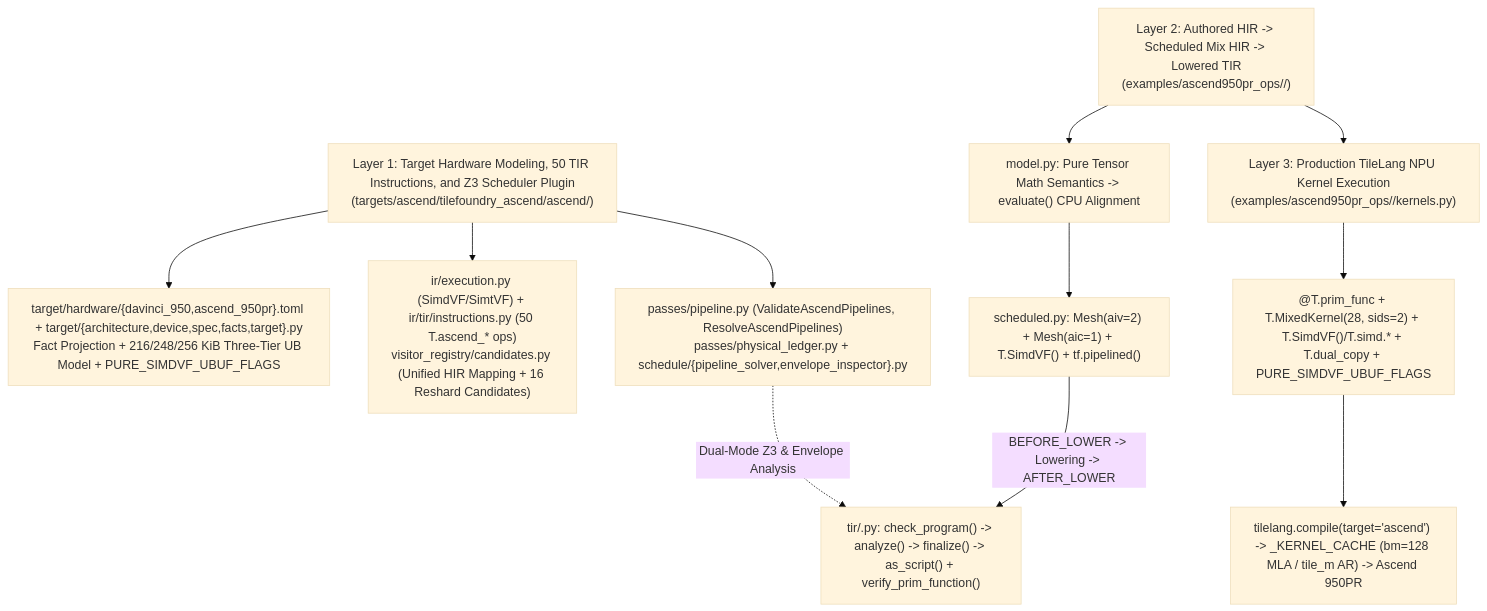
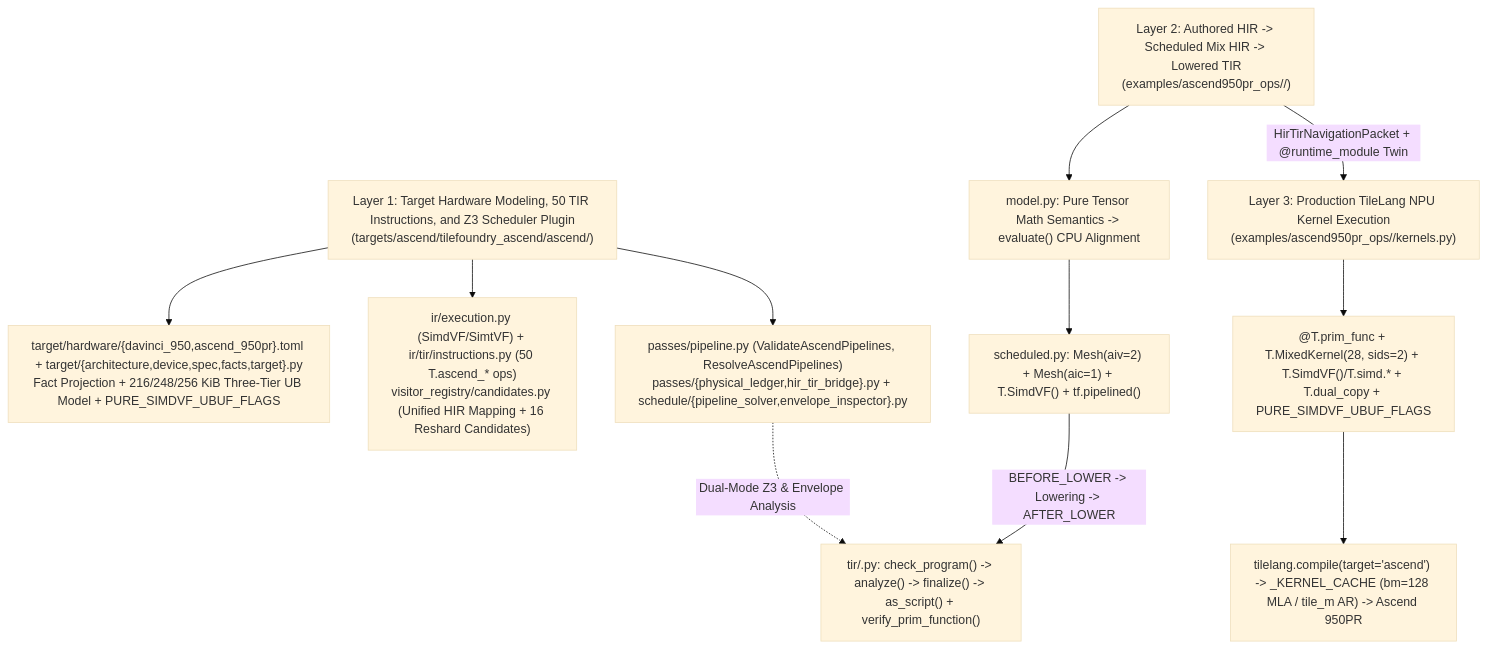
One commit to jingchangshi/TileFoundry changed the first of 3 diagrams in docs/reports/ascend950pr_architecture_and_e2e.md. Above: the diagram before and after it, drawn with Mermaid (base theme). The commit also changed other lines of this file, not shown here.

Commit message:
docs(ascend): update architecture guide for HIR-TIR navigation, twin bridge, and 17-rule KB

````diff
--- a/docs/reports/ascend950pr_architecture_and_e2e.md
+++ b/docs/reports/ascend950pr_architecture_and_e2e.md
@@ -7,27 +7,27 @@
 ```mermaid
 flowchart TD
     L1["Layer 1: Target Hardware Modeling, 50 TIR Instructions, and Z3 Scheduler Plugin\n(targets/ascend/tilefoundry_ascend/ascend/)"]
     HW["target/hardware/{davinci_950,ascend_950pr}.toml + target/{architecture,device,spec,facts,target}.py\nFact Projection + 216/248/256 KiB Three-Tier UB Model + PURE_SIMDVF_UBUF_FLAGS"]
     IR["ir/execution.py (SimdVF/SimtVF) + ir/tir/instructions.py (50 T.ascend_* ops)\nvisitor_registry/candidates.py (Unified HIR Mapping + 16 Reshard Candidates)"]
-    PASS["passes/pipeline.py (ValidateAscendPipelines, ResolveAscendPipelines)\npasses/physical_ledger.py + schedule/{pipeline_solver,envelope_inspector}.py"]
+    PASS["passes/pipeline.py (ValidateAscendPipelines, ResolveAscendPipelines)\npasses/{physical_ledger,hir_tir_bridge}.py + schedule/{pipeline_solver,envelope_inspector}.py"]
 
     L2["Layer 2: Authored HIR -> Scheduled Mix HIR -> Lowered TIR\n(examples/ascend950pr_ops/<op>/)"]
     MODEL["model.py: Pure Tensor Math Semantics -> evaluate() CPU Alignment"]
     SCHED["scheduled.py: Mesh(aiv=2) + Mesh(aic=1) + T.SimdVF() + tf.pipelined()"]
     TIR["tir/<op>.py: check_program() -> analyze() -> finalize() -> as_script() + verify_prim_function()"]
 
     L3["Layer 3: Production TileLang NPU Kernel Execution\n(examples/ascend950pr_ops/<op>/kernels.py)"]
     TLK["@T.prim_func + T.MixedKernel(28, sids=2) + T.SimdVF()/T.simd.* + T.dual_copy + PURE_SIMDVF_UBUF_FLAGS"]
     NPU["tilelang.compile(target='ascend') -> _KERNEL_CACHE (bm=128 MLA / tile_m AR) -> Ascend 950PR"]
 
     L1 --> HW
     L1 --> IR
     L1 --> PASS
     L2 --> MODEL
     MODEL --> SCHED
     SCHED -->|"BEFORE_LOWER -> Lowering -> AFTER_LOWER"| TIR
     PASS -.->|"Dual-Mode Z3 & Envelope Analysis"| TIR
-    L2 --> L3
+    L2 -->|"HirTirNavigationPacket + @runtime_module Twin"| L3
     L3 --> TLK
     TLK --> NPU
 ```
````
